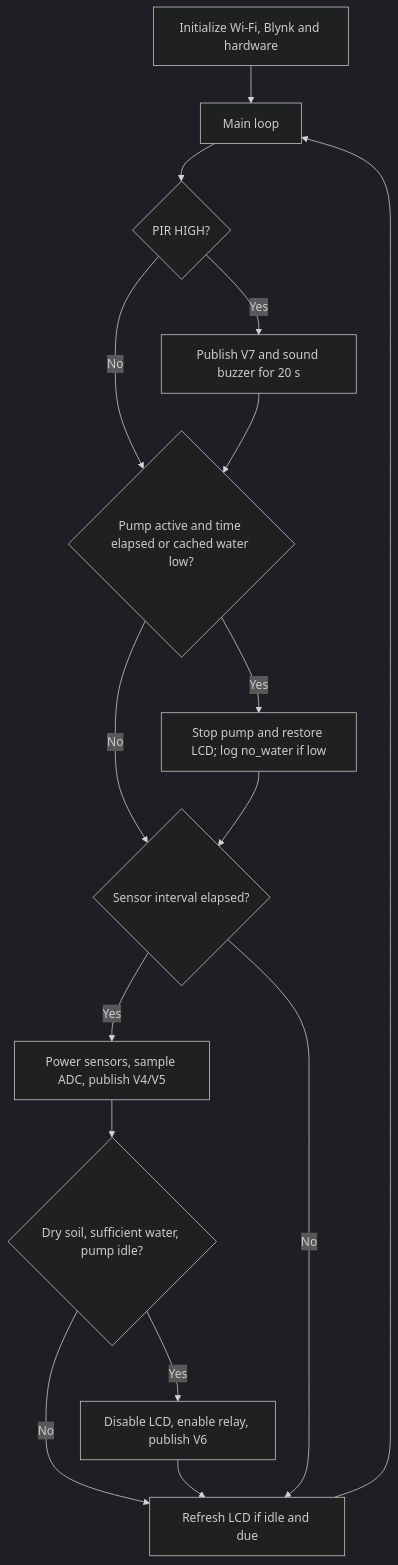
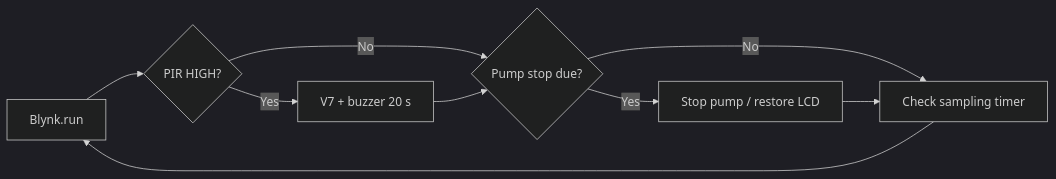
The fifth of 6 diagrams in smart garden/README.md (linthantkyaw2002/Stamford), drawn with Mermaid (dark theme) before and after one commit. The commit also changed other lines of this file, not shown here.

````diff
--- a/smart garden/README.md
+++ b/smart garden/README.md
@@ -90,18 +120,11 @@
 ```mermaid
-flowchart TD
-    A[Initialize Wi-Fi, Blynk and hardware] --> B[Main loop]
-    B --> C{PIR HIGH?}
-    C -- Yes --> D[Publish V7 and sound buzzer for 20 s]
-    C -- No --> E{Pump active and time elapsed or cached water low?}
-    D --> E
-    E -- Yes --> F[Stop pump and restore LCD; log no_water if low]
-    E -- No --> G{Sensor interval elapsed?}
-    F --> G
-    G -- Yes --> H[Power sensors, sample ADC, publish V4/V5]
-    H --> I{Dry soil, sufficient water, pump idle?}
-    I -- Yes --> J[Disable LCD, enable relay, publish V6]
-    I -- No --> K[Refresh LCD if idle and due]
-    J --> K
-    G -- No --> K
-    K --> B
+flowchart LR
+    A[Blynk.run] --> B{PIR HIGH?}
+    B -->|Yes| C[V7 + buzzer 20 s]
+    B -->|No| D{Pump stop due?}
+    C --> D
+    D -->|Yes| E[Stop pump / restore LCD]
+    D -->|No| F[Check sampling timer]
+    E --> F
+    F --> A
 ```
````
